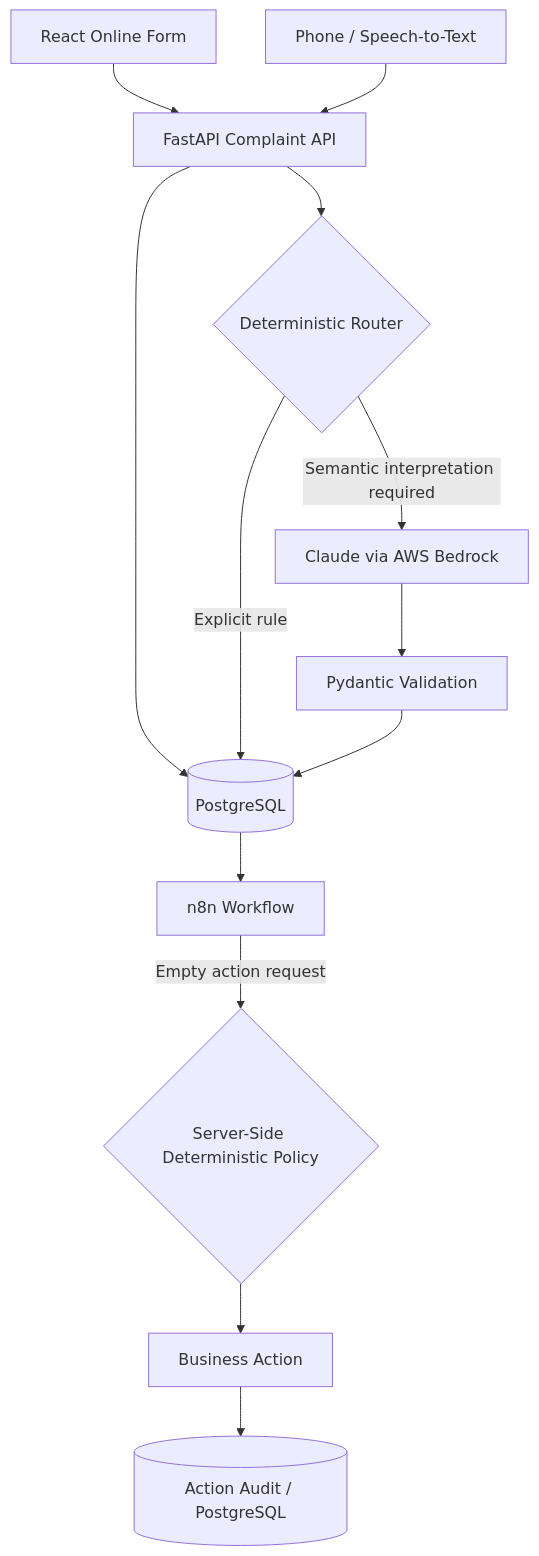
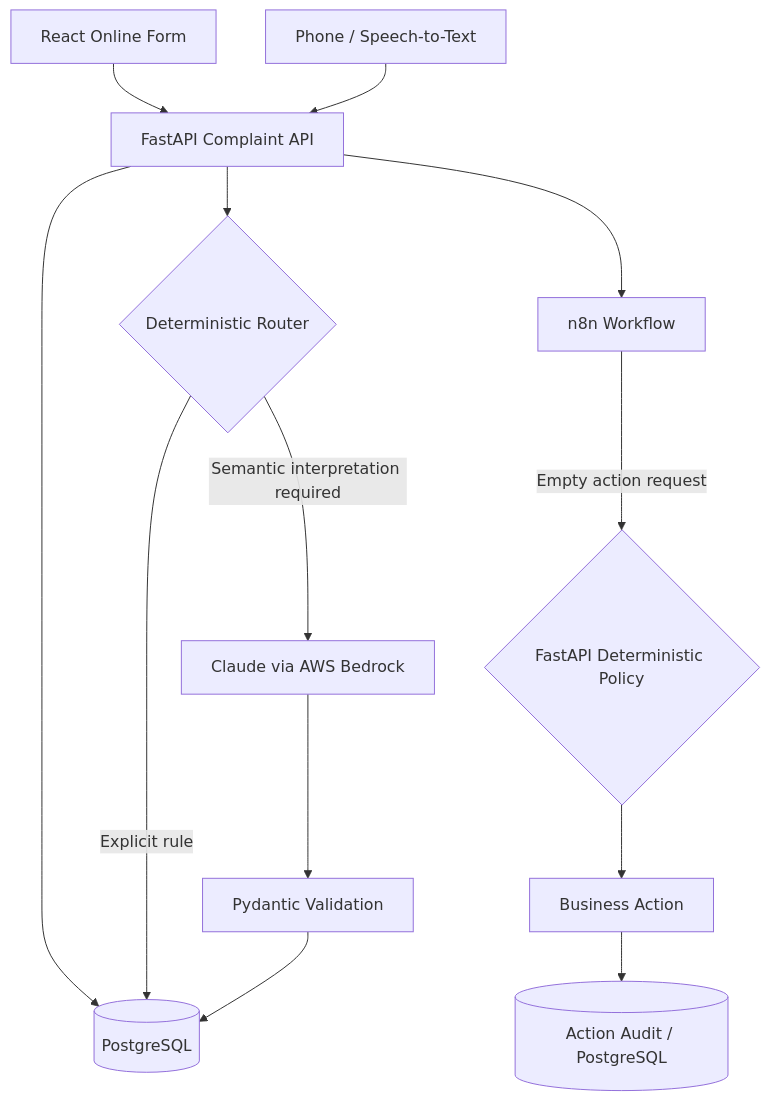
Before and after one commit to svempeny-gpsw/ai-complaint-orchestrator: the diagram in README.md, drawn with Mermaid. The commit also changed other lines of this file and 2 other files, not shown here.

````diff
--- a/README.md
+++ b/README.md
@@ -21,31 +21,31 @@
 ```mermaid
 flowchart TD
     ONLINE[React Online Form]
     PHONE[Phone / Speech-to-Text]
     API[FastAPI Complaint API]
     DB[(PostgreSQL)]
     ROUTER{Deterministic Router}
     CLAUDE[Claude via AWS Bedrock]
     VALIDATE[Pydantic Validation]
     N8N[n8n Workflow]
-    POLICY{Server-Side Deterministic Policy}
+    POLICY{FastAPI Deterministic Policy}
     ACTION[Business Action]
     ACTIONDB[(Action Audit / PostgreSQL)]
 
     ONLINE --> API
     PHONE --> API
 
     API --> DB
     API --> ROUTER
 
     ROUTER -->|Explicit rule| DB
     ROUTER -->|Semantic interpretation required| CLAUDE
 
     CLAUDE --> VALIDATE
     VALIDATE --> DB
 
-    DB --> N8N
+    API --> N8N
     N8N -->|Empty action request| POLICY
     POLICY --> ACTION
     ACTION --> ACTIONDB
 ```
````
